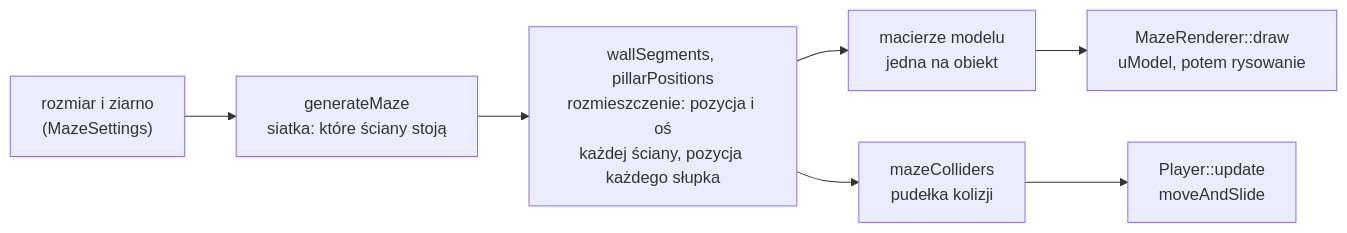
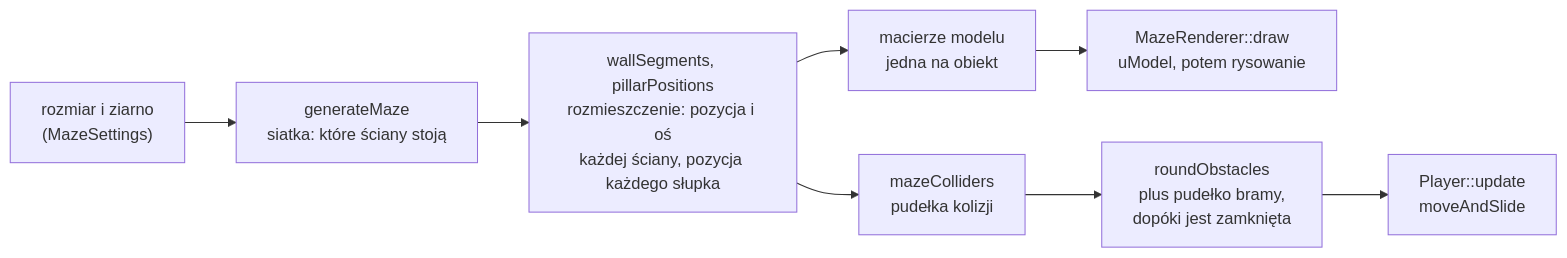
The first of 2 diagrams in docs/modules/game/maze-rendering.md (Shironex/night-maze), drawn with Mermaid before and after one commit. The commit also changed other lines of this file and 50 other files, not shown here.

````diff
--- a/docs/modules/game/maze-rendering.md
+++ b/docs/modules/game/maze-rendering.md
@@ -29,9 +30,10 @@
 ```mermaid
 flowchart LR
     A["rozmiar i ziarno<br>(MazeSettings)"] --> B["generateMaze<br>siatka: które ściany stoją"]
     B --> C["wallSegments, pillarPositions<br>rozmieszczenie: pozycja i oś<br>każdej ściany, pozycja każdego słupka"]
     C --> D["macierze modelu<br>jedna na obiekt"]
     C --> E["mazeColliders<br>pudełka kolizji"]
     D --> F["MazeRenderer::draw<br>uModel, potem rysowanie"]
-    E --> G["Player::update<br>moveAndSlide"]
+    E --> R["roundObstacles<br>plus pudełko bramy,<br>dopóki jest zamknięta"]
+    R --> G["Player::update<br>moveAndSlide"]
 ```
````
